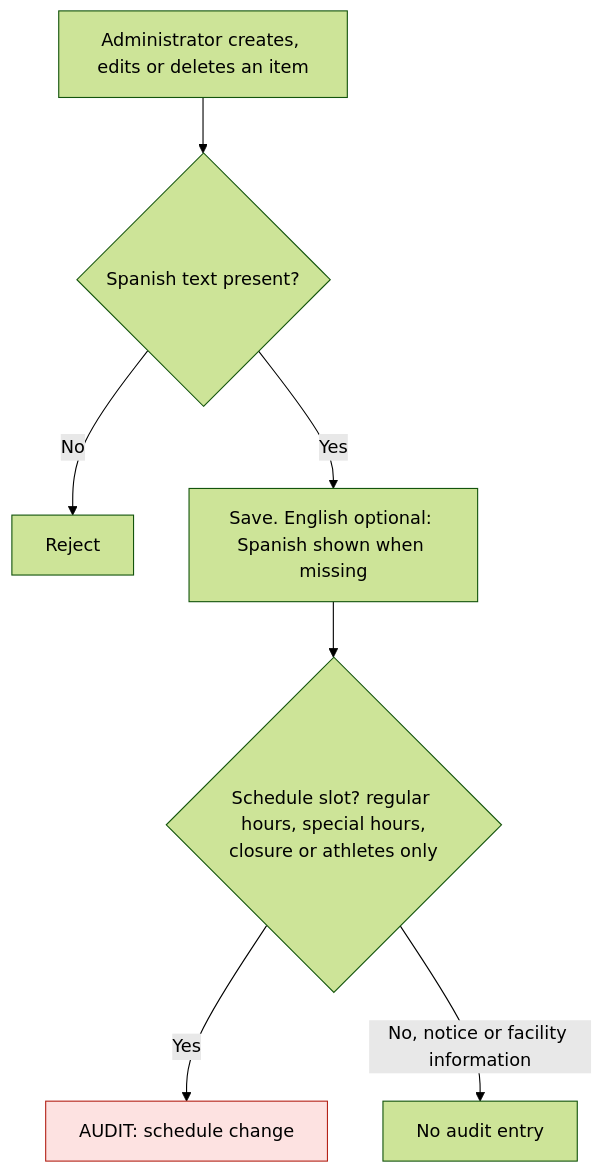
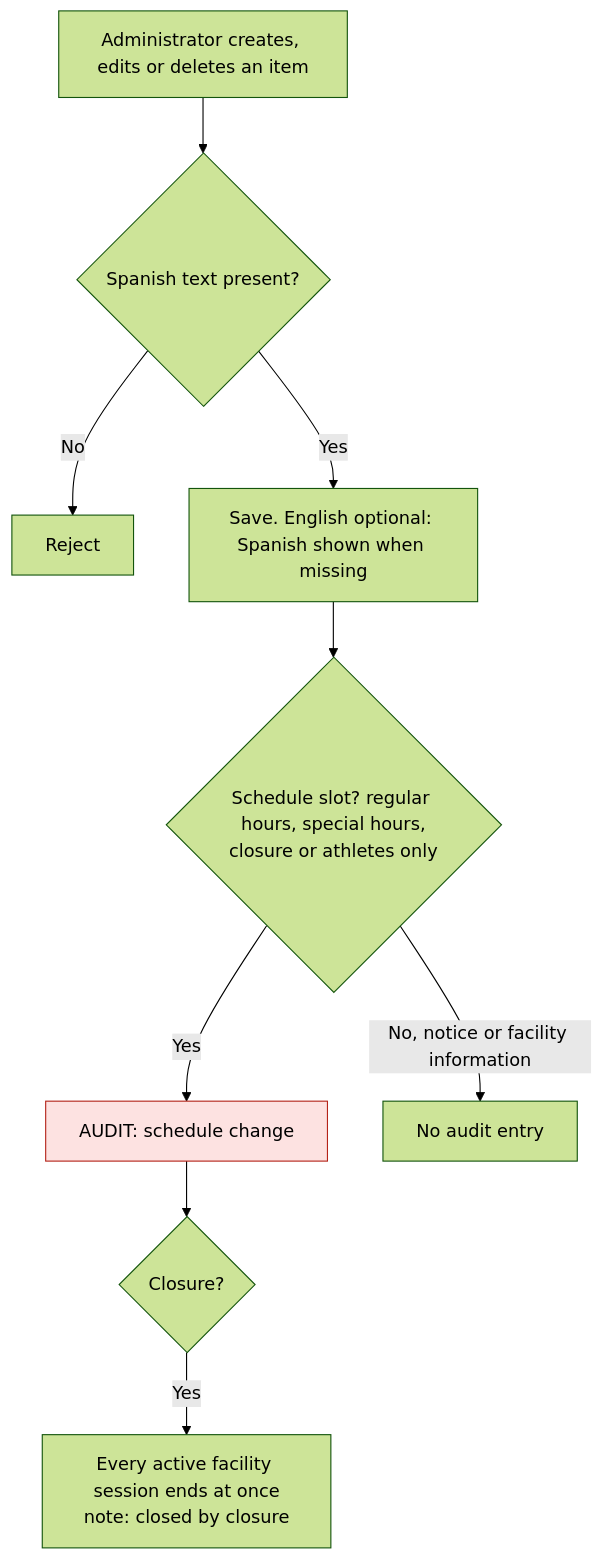
One commit to Th3-Minorities/natatorio-gym-app changed diagram 14 of 17 in docs/design/admin-flows.md. Above: the diagram before and after it, drawn with Mermaid (forest theme). The commit also changed other lines of this file and 13 other files, not shown here.

````diff
--- a/docs/design/admin-flows.md
+++ b/docs/design/admin-flows.md
@@ -463,12 +390,14 @@
 ```mermaid
 flowchart TD
   S0["Administrator creates, edits or deletes an item"] --> S1{"Spanish text present?"}
   S1 -->|"No"| S2["Reject"]
   S1 -->|"Yes"| S3["Save. English optional: Spanish shown when missing"]
   S3 --> S4{"Schedule slot? regular hours, special hours,<br/>closure or athletes only"}
   S4 -->|"Yes"| S5["AUDIT: schedule change"]
+  S5 --> S7{"Closure?"}
+  S7 -->|"Yes"| S8["Every active facility session ends at once<br/>note: closed by closure"]
   S4 -->|"No, notice or facility information"| S6["No audit entry"]
 
   classDef audit fill:#fde2e1,stroke:#b42318,color:#000
   class S5 audit
 ```
````
